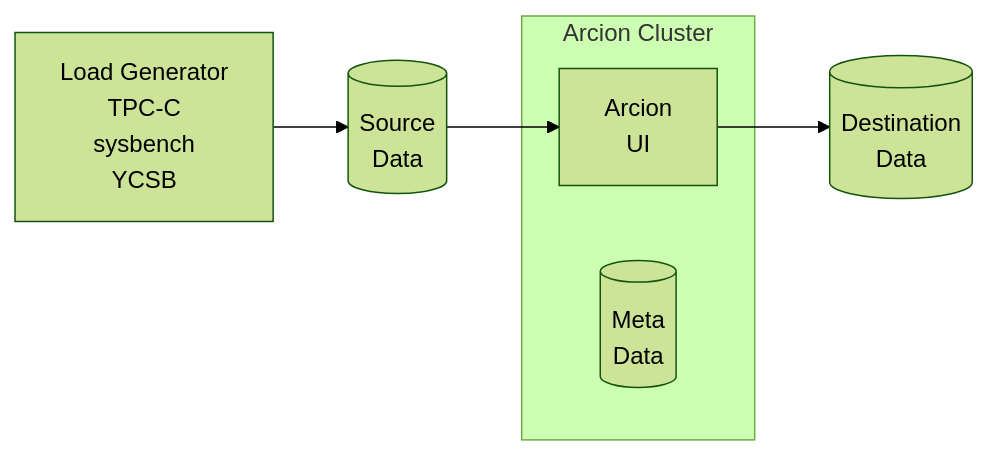
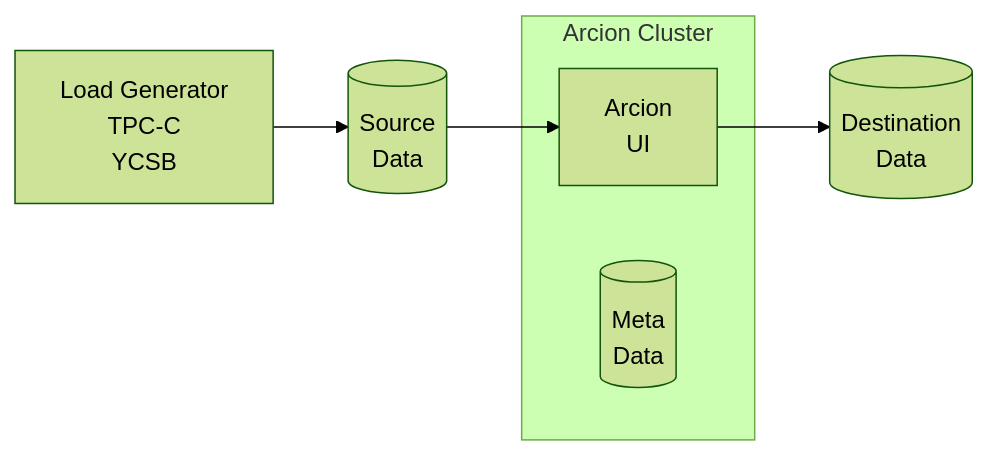
One commit to databricks/docker-dev changed the diagram in README.md. Above: the diagram before and after it, drawn with Mermaid (forest theme). The commit also changed other lines of this file and 1 other file, not shown here.

````diff
--- a/README.md
+++ b/README.md
@@ -9,10 +8,10 @@
 ```mermaid
 graph LR
-    L[Load Generator<br>TPC-C<br>sysbench<br>YCSB] --> S
+    L[Load Generator<br>TPC-C<br>YCSB] --> S
     subgraph Arcion Cluster
         A1
         M[(Meta <br>Data)]
     end
     S[(Source <br>Data)] --> A1[Arcion <br> UI]
     A1 --> T[(Destination<br>Data)]
 ```
````
